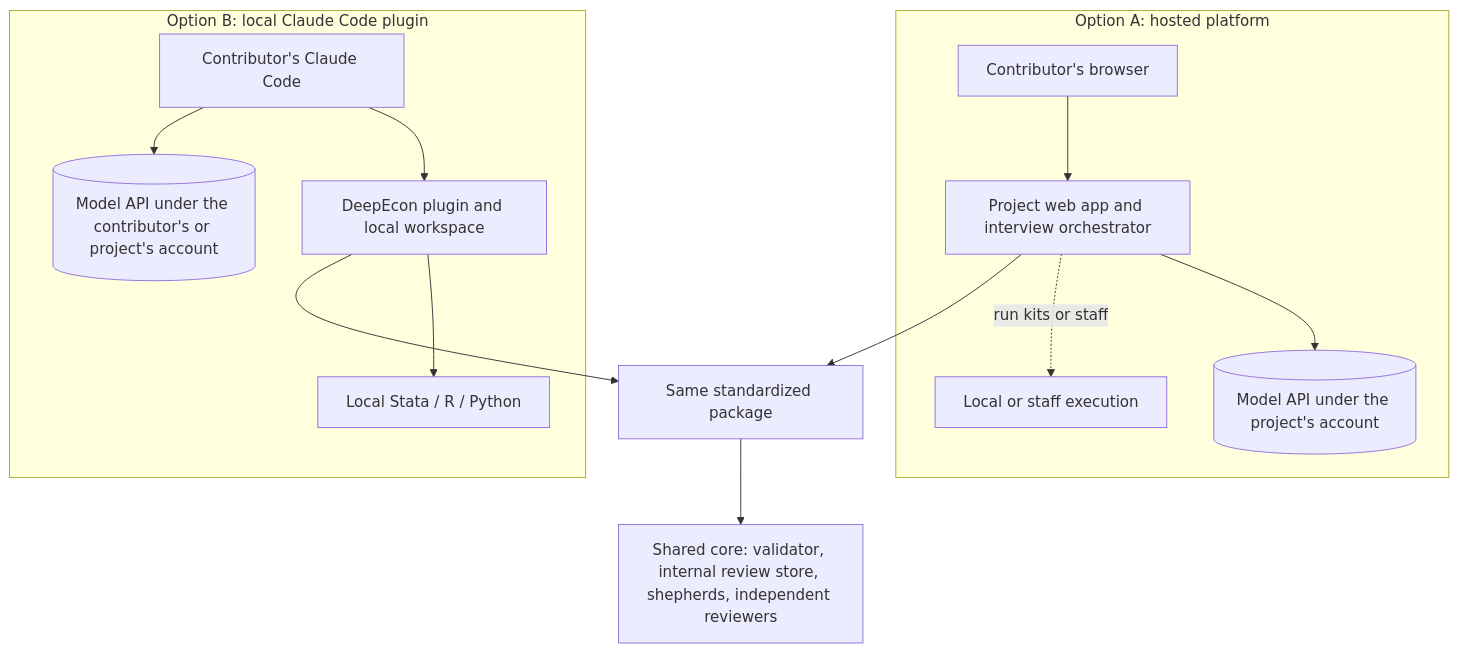
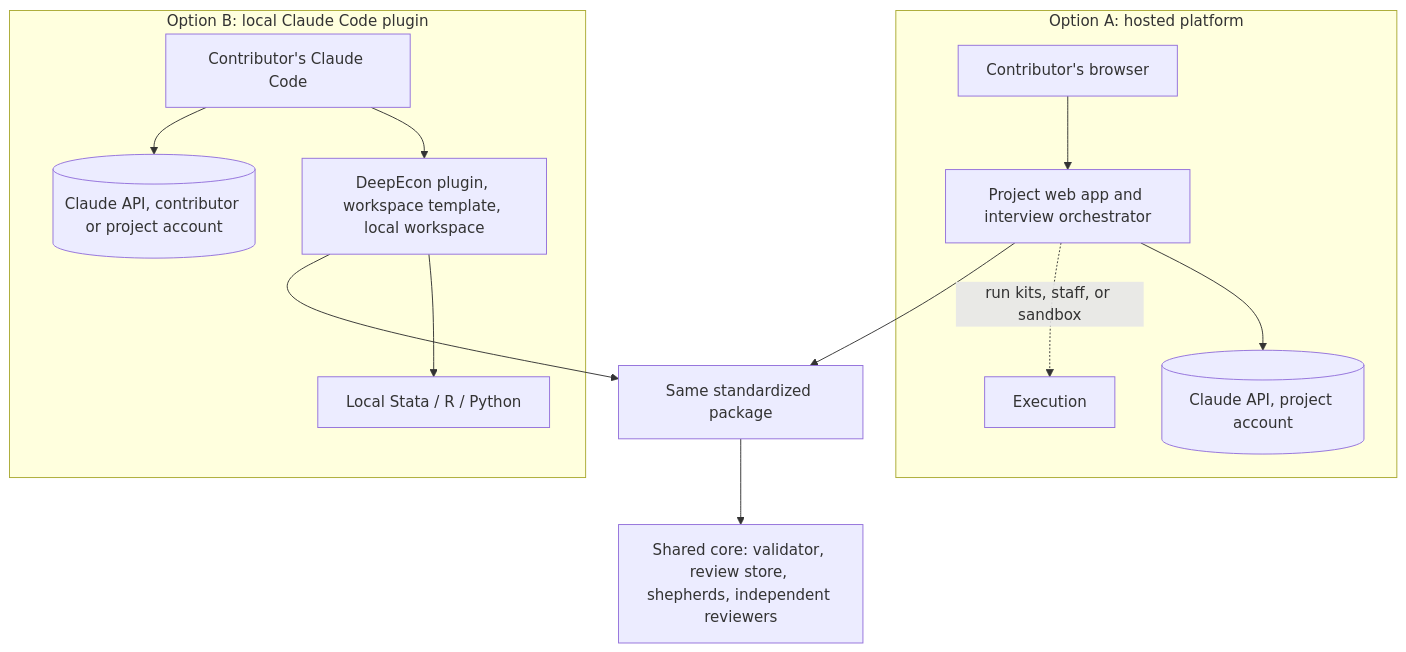
One commit to Sellyew/Deepecon-Contributtor-Guide-UI changed the diagram in docs/architecture/architecture-decision-brief.md. Above: the diagram before and after it, drawn with Mermaid. The commit also changed other lines of this file and 26 other files, not shown here.

First line of the commit message:
Integrate verified research into methodology, architectures, and brief

````diff
--- a/docs/architecture/architecture-decision-brief.md
+++ b/docs/architecture/architecture-decision-brief.md
@@ -45,16 +55,16 @@
 ```mermaid
 flowchart TB
   subgraph A["Option A: hosted platform"]
     A1[Contributor's browser] --> A2[Project web app and interview orchestrator]
-    A2 --> A3[(Model API under the project's account)]
-    A2 -. run kits or staff .-> A4[Local or staff execution]
+    A2 --> A3[(Claude API, project account)]
+    A2 -. run kits, staff, or sandbox .-> A4[Execution]
   end
   subgraph B["Option B: local Claude Code plugin"]
-    B1[Contributor's Claude Code] --> B2[DeepEcon plugin and local workspace]
-    B1 --> B3[(Model API under the contributor's or project's account)]
+    B1[Contributor's Claude Code] --> B2[DeepEcon plugin, workspace template, local workspace]
+    B1 --> B3[(Claude API, contributor or project account)]
     B2 --> B4[Local Stata / R / Python]
   end
   A2 --> P[Same standardized package]
   B2 --> P
-  P --> C[Shared core: validator, internal review store, shepherds, independent reviewers]
+  P --> C[Shared core: validator, review store, shepherds, independent reviewers]
 ```
````
